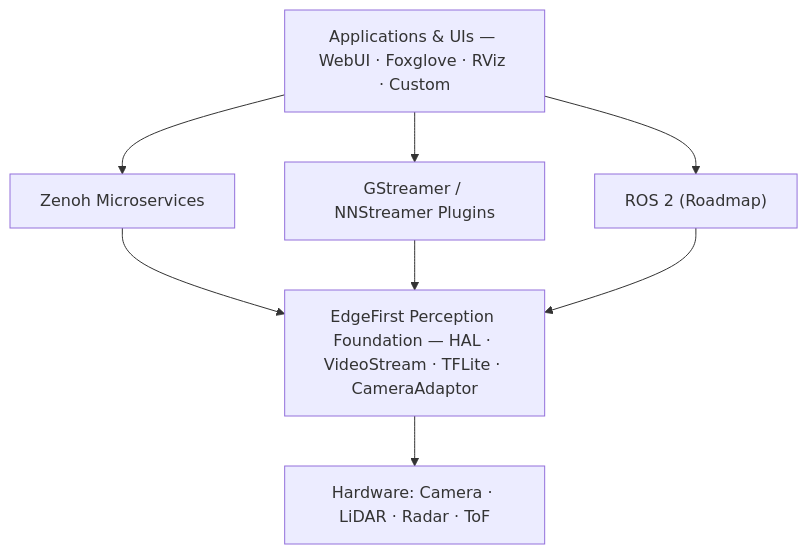
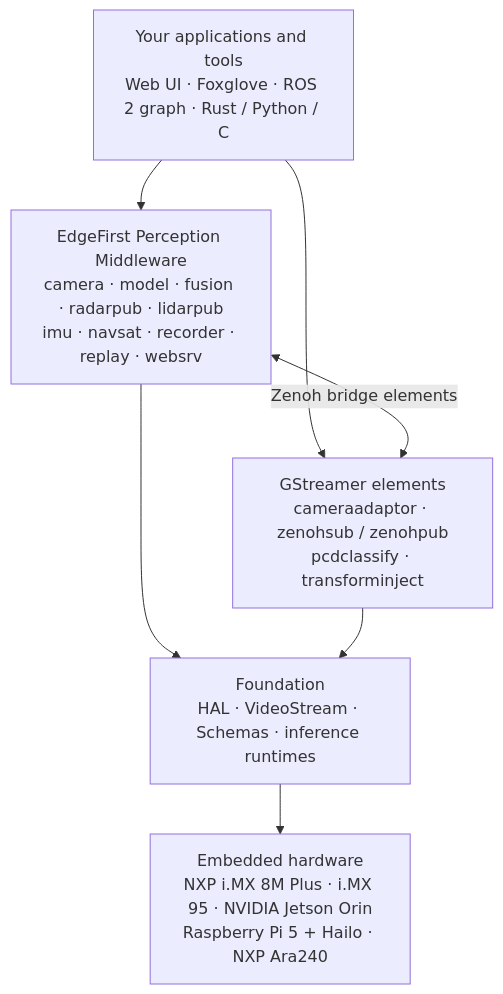
The first of 2 diagrams in profile/README.md (EdgeFirstAI/.github), drawn with Mermaid before and after one commit. The commit also changed other lines of this file and 10 other files, not shown here.

````diff
--- a/profile/README.md
+++ b/profile/README.md
@@ -32,13 +32,18 @@
 ```mermaid
-graph TB
-    apps["Applications & UIs — WebUI · Foxglove · RViz · Custom"]
-    zenoh["Zenoh Microservices"]
-    gstreamer["GStreamer / NNStreamer Plugins"]
-    ros2["ROS 2 (Roadmap)"]
-    foundation["EdgeFirst Perception Foundation — HAL · VideoStream · TFLite · CameraAdaptor"]
-    hardware["Hardware: Camera · LiDAR · Radar · ToF"]
+flowchart TB
+    apps["Your applications and tools<br/>Web UI · Foxglove · ROS 2 graph · Rust / Python / C"]
 
-    apps --> zenoh & gstreamer & ros2
-    zenoh & gstreamer & ros2 --> foundation
-    foundation --> hardware
+    zenoh["EdgeFirst Perception Middleware<br/>camera · model · fusion · radarpub · lidarpub<br/>imu · navsat · recorder · replay · websrv"]
+    gst["GStreamer elements<br/>cameraadaptor · zenohsub / zenohpub<br/>pcdclassify · transforminject"]
+
+    found["Foundation<br/>HAL · VideoStream · Schemas · inference runtimes"]
+
+    hw["Embedded hardware<br/>NXP i.MX 8M Plus · i.MX 95 · NVIDIA Jetson Orin<br/>Raspberry Pi 5 + Hailo · NXP Ara240"]
+
+    apps --> zenoh
+    apps --> gst
+    zenoh <-->|Zenoh bridge elements| gst
+    zenoh --> found
+    gst --> found
+    found --> hw
 ```
````
